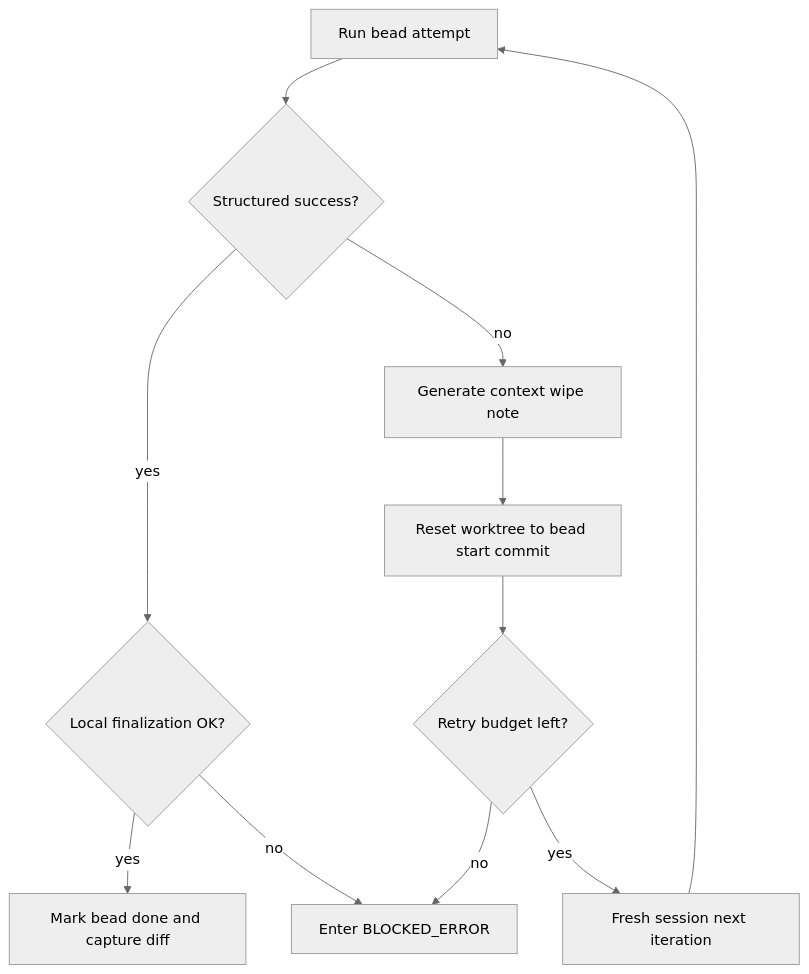
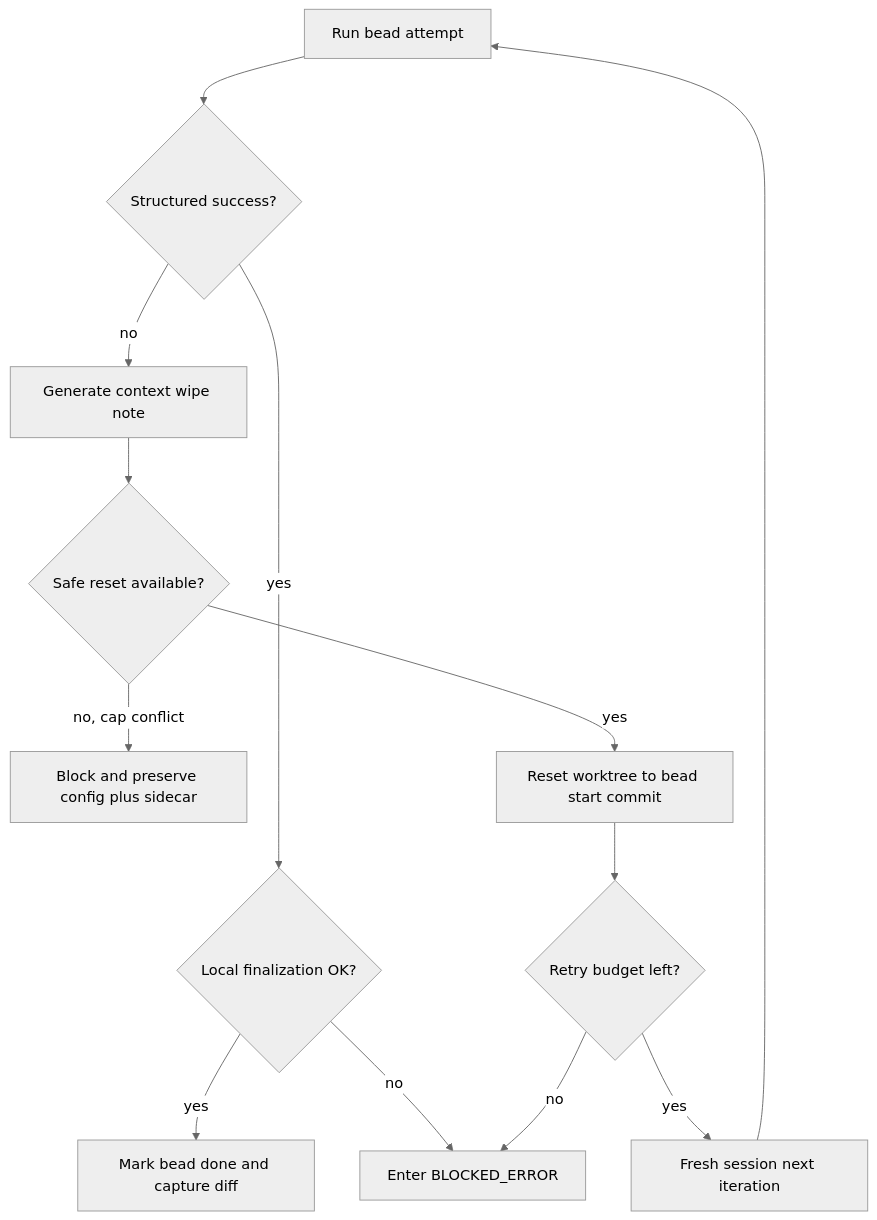
One commit to looptroop-ai/LoopTroop-Website changed the diagram in docs/beads.md. Above: the diagram before and after it, drawn with Mermaid (neutral theme). The commit also changed other lines of this file and 10 other files, not shown here.

````diff
--- a/docs/beads.md
+++ b/docs/beads.md
@@ -406,13 +417,15 @@
 ```mermaid
 flowchart TD
     A[Run bead attempt] --> B{Structured success?}
     B -- yes --> C{Local finalization OK?}
     C -- yes --> S[Mark bead done and capture diff]
     C -- no --> H[Enter BLOCKED_ERROR]
     B -- no --> N[Generate context wipe note]
-    N --> E[Reset worktree to bead start commit]
-    E --> F{Retry budget left?}
+    N --> E{Safe reset available?}
+    E -- no, cap conflict --> K[Block and preserve config plus sidecar]
+    E -- yes --> R[Reset worktree to bead start commit]
+    R --> F{Retry budget left?}
     F -- yes --> G[Fresh session next iteration]
     G --> A
     F -- no --> H[Enter BLOCKED_ERROR]
 ```
````
